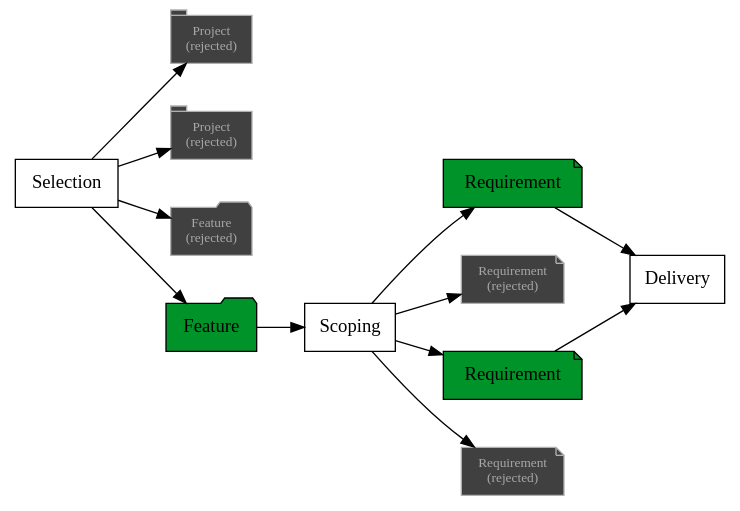
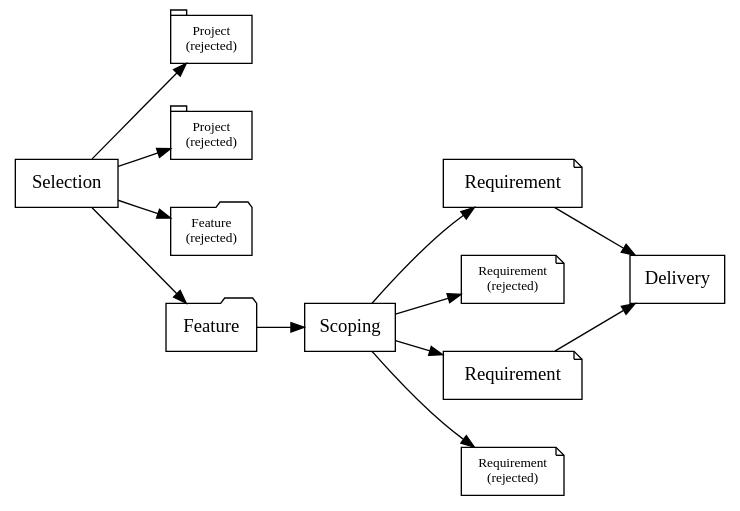
One commit to davetron5000/naildrivin5.com changed the diagram in images/ai-process-filter.dot. Above: the diagram before and after it, drawn with Graphviz. The commit also changed 197 other files, not shown here.

```diff
--- a/images/ai-process-filter.dot
+++ b/images/ai-process-filter.dot
@@ -1,36 +1,36 @@
 digraph G {
 
-  node[fontname=futura]
+  node[fontname="Jost" class="shape"]
   nodesep=0.5
   ranksep=0.5
   rankdir=LR
 
 
   Selection -> Project1
   Selection -> Project2
   Selection -> FeatureA
   Selection -> FeatureB
   
   FeatureB  -> Scoping
   Scoping   -> Requirements1
   Scoping   -> Requirements2
   Scoping   -> Requirements3
   Scoping   -> Requirements4
   Requirements1 -> Delivery
   Requirements3 -> Delivery
   
   Selection [ shape=process ]
   Scoping   [ shape=process ]
   Delivery  [ shape=process ]
-  Project1  [ label="Project\n(rejected)" shape="tab"    style=filled fillcolor="#404040" color="#B0B0B0" fontcolor="#A7A7A7" fontsize=10]
-  Project2  [ label="Project\n(rejected)" shape="tab"    style=filled fillcolor="#404040" color="#B0B0B0" fontcolor="#A7A7A7" fontsize=10]
-  FeatureA  [ label="Feature\n(rejected)" shape="folder" style=filled fillcolor="#404040" color="#B0B0B0" fontcolor="#A7A7A7" fontsize=10]
-  FeatureB  [ label="Feature" shape="folder" style=filled fillcolor="#009329" color="#000000" fontcolor="#000000"]
+  Project1  [ label="Project\n(rejected)" shape="tab"    class="shape gray" fontsize=10]
+  Project2  [ label="Project\n(rejected)" shape="tab"    class="shape gray" fontsize=10]
+  FeatureA  [ label="Feature\n(rejected)" shape="folder" class="shape gray" fontsize=10]
+  FeatureB  [ label="Feature" shape="folder" class="shape green"]
 
-  Requirements1  [ label="Requirement" shape="note" style=filled fillcolor="#009329" color="#000000" fontcolor="#000000"]
-  Requirements2  [ label="Requirement\n(rejected)" shape="note" style=filled fillcolor="#404040" color="#B0B0B0" fontcolor="#A7A7A7" fontsize=10]
-  Requirements3  [ label="Requirement" shape="note" style=filled fillcolor="#009329" color="#000000" fontcolor="#000000"]
-  Requirements4  [ label="Requirement\n(rejected)" shape="note" style=filled fillcolor="#404040" color="#B0B0B0" fontcolor="#A7A7A7" fontsize=10]
+  Requirements1  [ label="Requirement" shape="note" class="shape green"]
+  Requirements2  [ label="Requirement\n(rejected)" shape="note" class="shape gray" fontsize=10]
+  Requirements3  [ label="Requirement" shape="note" class="shape green"]
+  Requirements4  [ label="Requirement\n(rejected)" shape="note" class="shape gray" fontsize=10]
 
     
 }
```
